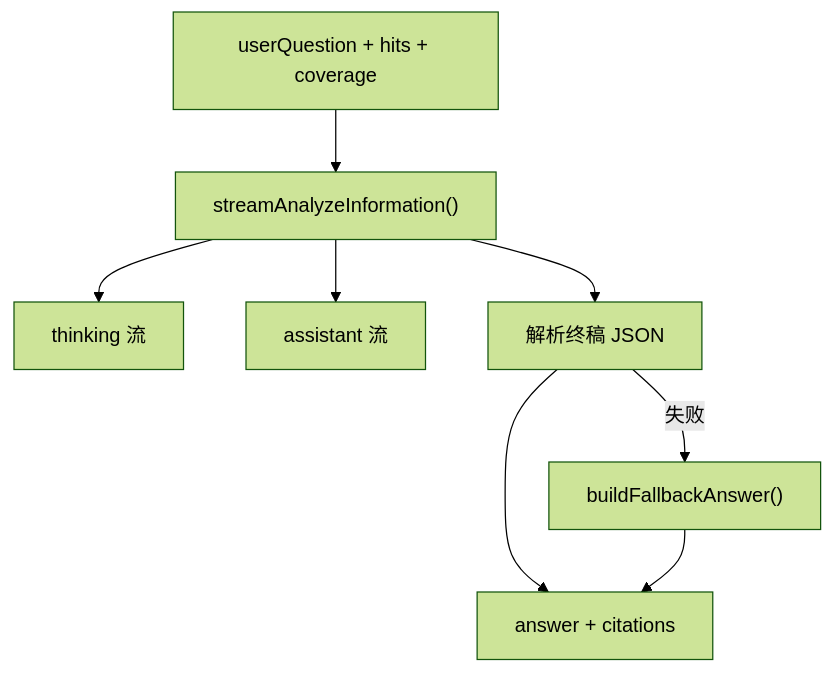
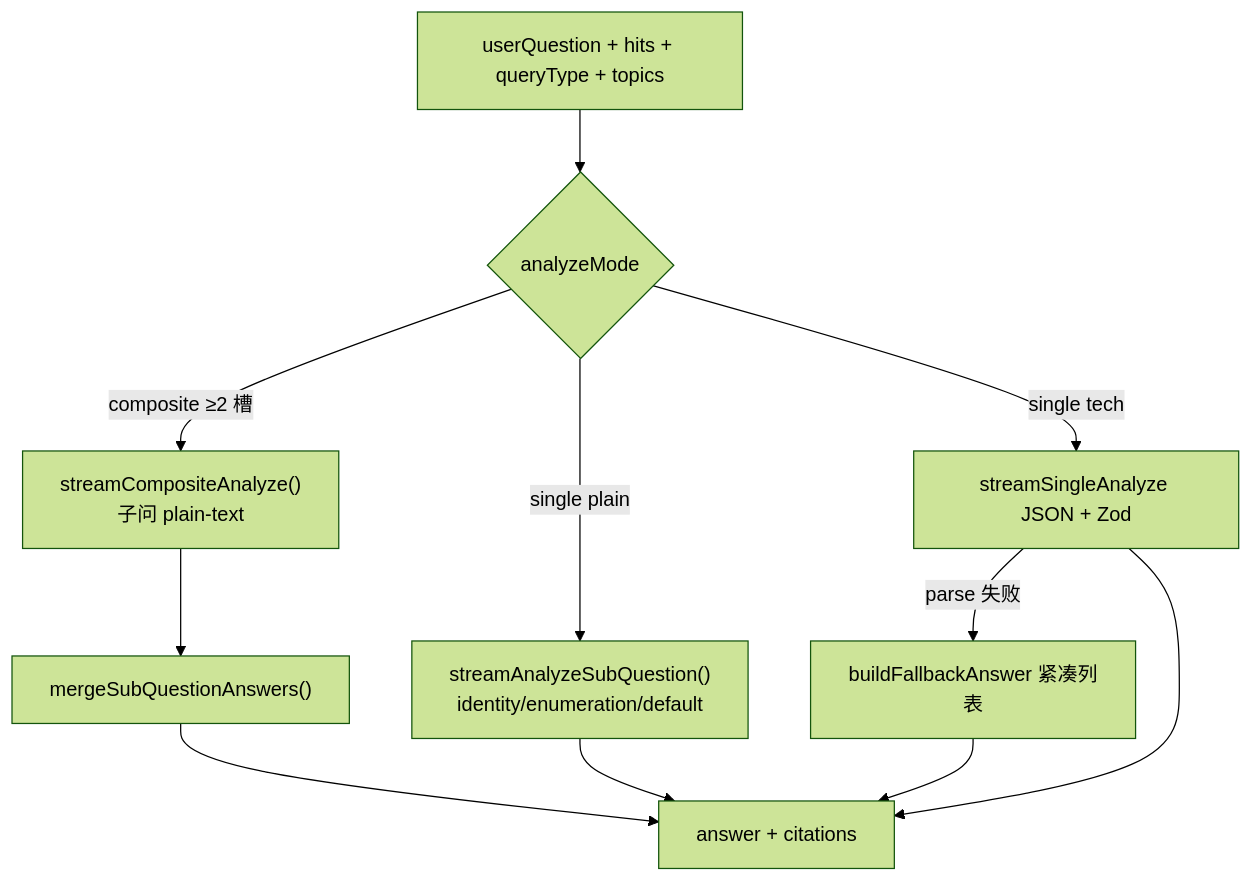
The seventh of 11 diagrams in docs/02-agent-flows.md (panzhanfei/fambrain-agents), drawn with Mermaid (forest theme) before and after one commit. The commit also changed other lines of this file and 26 other files, not shown here.

First line of the commit message:
fix(agents): Analyst plain-text stream and project/company enumeration split

````diff
--- a/docs/02-agent-flows.md
+++ b/docs/02-agent-flows.md
@@ -239,10 +244,13 @@
 ```mermaid
 flowchart TD
-  IN["userQuestion + hits + coverage"] --> STREAM["streamAnalyzeInformation()"]
-  STREAM --> THINK[thinking 流]
-  STREAM --> ASST[assistant 流]
-  STREAM --> PARSE[解析终稿 JSON]
-  PARSE -->|失败| FB["buildFallbackAnswer()"]
-  PARSE --> ANS[answer + citations]
+  IN["userQuestion + hits + queryType + topics"] --> MODE{"analyzeMode"}
+  MODE -->|composite ≥2 槽| COMP["streamCompositeAnalyze()<br/>子问 plain-text"]
+  MODE -->|single plain| PLAIN["streamAnalyzeSubQuestion()<br/>identity/enumeration/default"]
+  MODE -->|single tech| JSON["streamSingleAnalyze JSON + Zod"]
+  COMP --> MERGE["mergeSubQuestionAnswers()"]
+  PLAIN --> ANS[answer + citations]
+  JSON -->|parse 失败| FB["buildFallbackAnswer 紧凑列表"]
+  JSON --> ANS
+  MERGE --> ANS
   FB --> ANS
 ```
````
